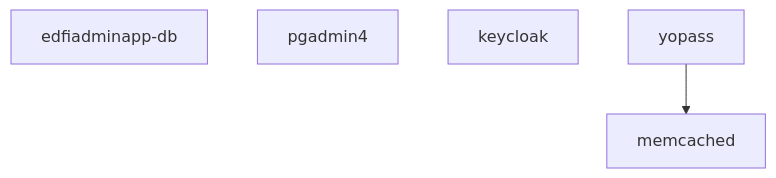
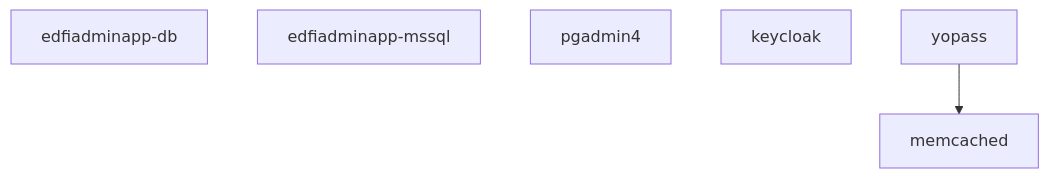
The first of 4 diagrams in compose/readme.md (Ed-Fi-Alliance-OSS/Ed-Fi-AdminApp), drawn with Mermaid before and after one commit. The commit also changed other lines of this file and 3 other files, not shown here.

````diff
--- a/compose/readme.md
+++ b/compose/readme.md
@@ -9,8 +9,9 @@
 ```mermaid
 graph TD
   edfiadminapp-db
+  edfiadminapp-mssql
   pgadmin4
   keycloak
   memcached
   yopass --> memcached
 ```
````
